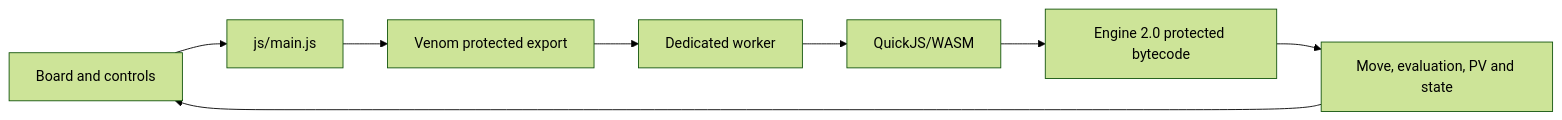
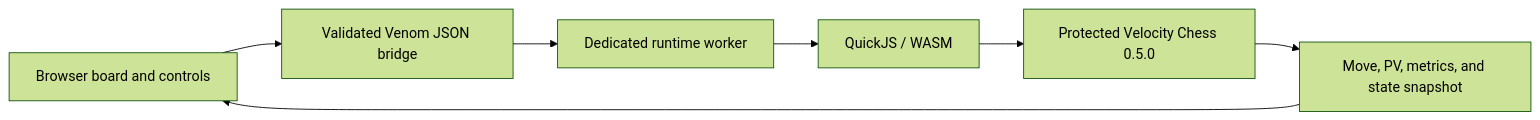
Before and after one commit to Ascension-Digital-Technologies/Venom: the diagram in examples/protected-chess/README.md, drawn with Mermaid (forest theme). The commit also changed other lines of this file and 6 other files, not shown here.

Commit message:
chess engine update

````diff
--- a/examples/protected-chess/README.md
+++ b/examples/protected-chess/README.md
@@ -40,10 +26,9 @@
 ```mermaid
 flowchart LR
-  UI[Board and controls] --> APP[js/main.js]
-  APP --> API[Venom protected export]
-  API --> WORKER[Dedicated worker]
-  WORKER --> QJS[QuickJS/WASM]
-  QJS --> ENGINE[Engine 2.0 protected bytecode]
-  ENGINE --> RESULT[Move, evaluation, PV and state]
+  UI[Browser board and controls] --> BRIDGE[Validated Venom JSON bridge]
+  BRIDGE --> WORKER[Dedicated runtime worker]
+  WORKER --> QJS[QuickJS / WASM]
+  QJS --> VELOCITY[Protected Velocity Chess 0.5.0]
+  VELOCITY --> RESULT[Move, PV, metrics, and state snapshot]
   RESULT --> UI
 ```
````
